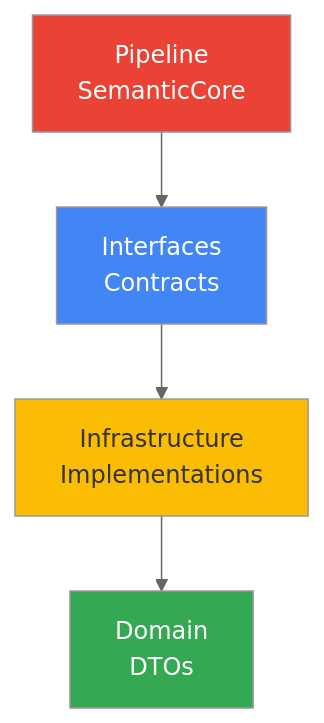
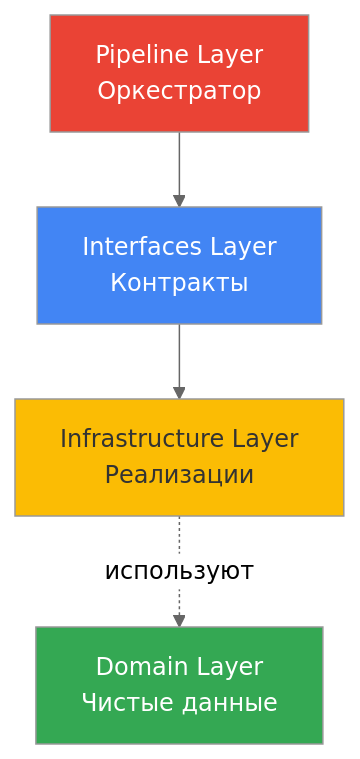
One commit to VladimirMonin/poc_vector_sqlite changed the first of 2 diagrams in doc/architecture/10_solid_refactoring.md. Above: the diagram before and after it, drawn with Mermaid (neutral theme). The commit also changed other lines of this file and 1 other file, not shown here.

````diff
--- a/doc/architecture/10_solid_refactoring.md
+++ b/doc/architecture/10_solid_refactoring.md
@@ -31,11 +33,16 @@
 ```mermaid
 graph TB
-    P[Pipeline<br/>SemanticCore] --> I[Interfaces<br/>Contracts]
-    I --> INF[Infrastructure<br/>Implementations]
-    INF --> D[Domain<br/>DTOs]
+    A[Domain Layer<br/>Чистые данные] 
+    B[Interfaces Layer<br/>Контракты]
+    C[Infrastructure Layer<br/>Реализации]
+    D[Pipeline Layer<br/>Оркестратор]
     
-    style D fill:#34a853,color:#fff
-    style I fill:#4285f4,color:#fff
-    style INF fill:#fbbc04,color:#333
-    style P fill:#ea4335,color:#fff
+    D --> B
+    B --> C
+    C -.используют.-> A
+    
+    style A fill:#34a853,color:#fff
+    style B fill:#4285f4,color:#fff
+    style C fill:#fbbc04,color:#333
+    style D fill:#ea4335,color:#fff
 ```
````
